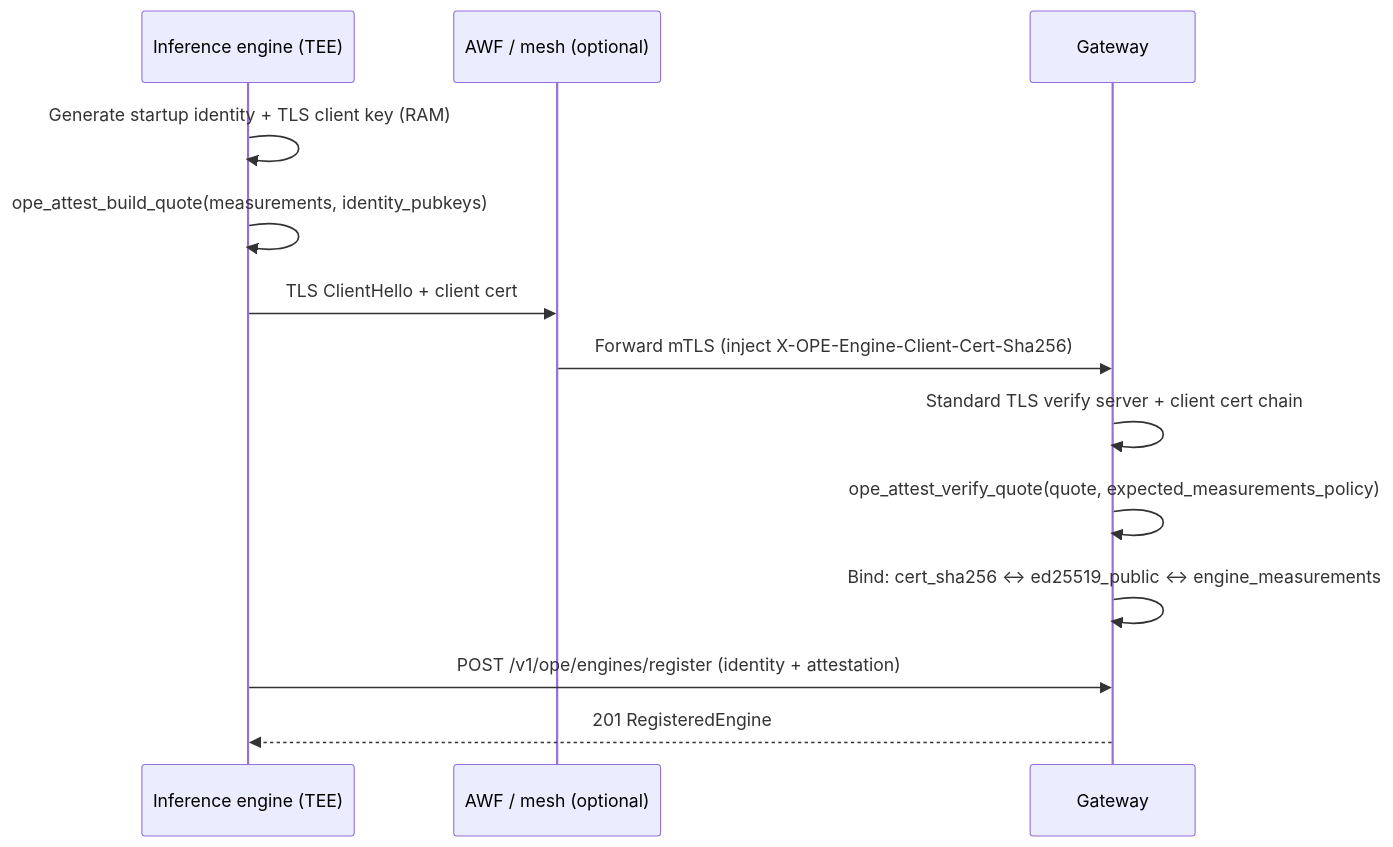
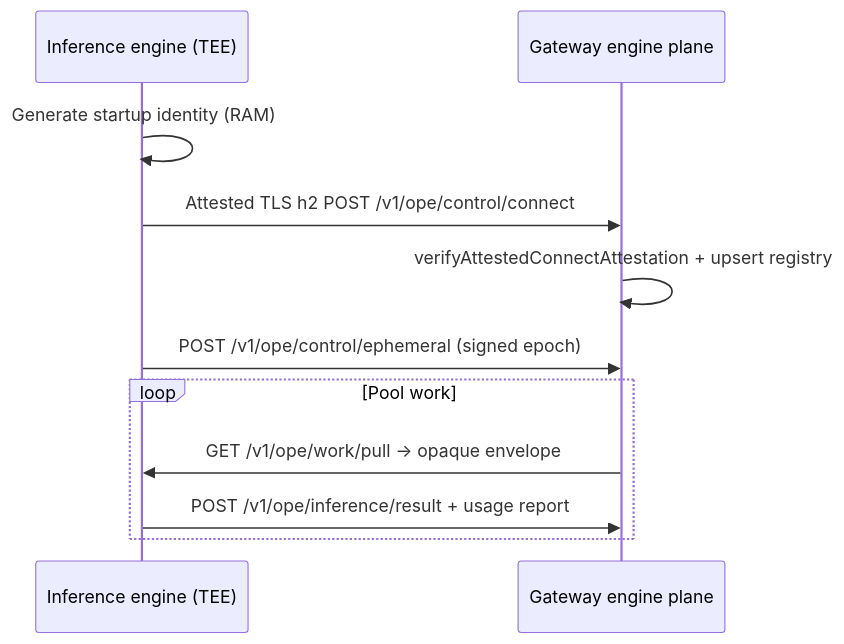
One commit to Lightec-AI/InferenceEngine changed the first of 3 diagrams in docs/inference-engine-keys-and-attestation.md. Above: the diagram before and after it, drawn with Mermaid. The commit also changed other lines of this file, not shown here.

First line of the commit message:
docs: align keys and attestation doc with Attested TLS h2 pool.

````diff
--- a/docs/inference-engine-keys-and-attestation.md
+++ b/docs/inference-engine-keys-and-attestation.md
@@ -101,16 +103,14 @@
 ```mermaid
 sequenceDiagram
   participant E as Inference engine (TEE)
-  participant AWF as AWF / mesh (optional)
-  participant G as Gateway
+  participant G as Gateway engine plane
 
-  E->>E: Generate startup identity + TLS client key (RAM)
-  E->>E: ope_attest_build_quote(measurements, identity_pubkeys)
-  E->>AWF: TLS ClientHello + client cert
-  AWF->>G: Forward mTLS (inject X-OPE-Engine-Client-Cert-Sha256)
-  G->>G: Standard TLS verify server + client cert chain
-  G->>G: ope_attest_verify_quote(quote, expected_measurements_policy)
-  G->>G: Bind: cert_sha256 ↔ ed25519_public ↔ engine_measurements
-  E->>G: POST /v1/ope/engines/register (identity + attestation)
-  G-->>E: 201 RegisteredEngine
+  E->>E: Generate startup identity (RAM)
+  E->>G: Attested TLS h2 POST /v1/ope/control/connect
+  G->>G: verifyAttestedConnectAttestation + upsert registry
+  E->>G: POST /v1/ope/control/ephemeral (signed epoch)
+  loop Pool work
+    G->>E: GET /v1/ope/work/pull → opaque envelope
+    E->>G: POST /v1/ope/inference/result + usage report
+  end
 ```
````
